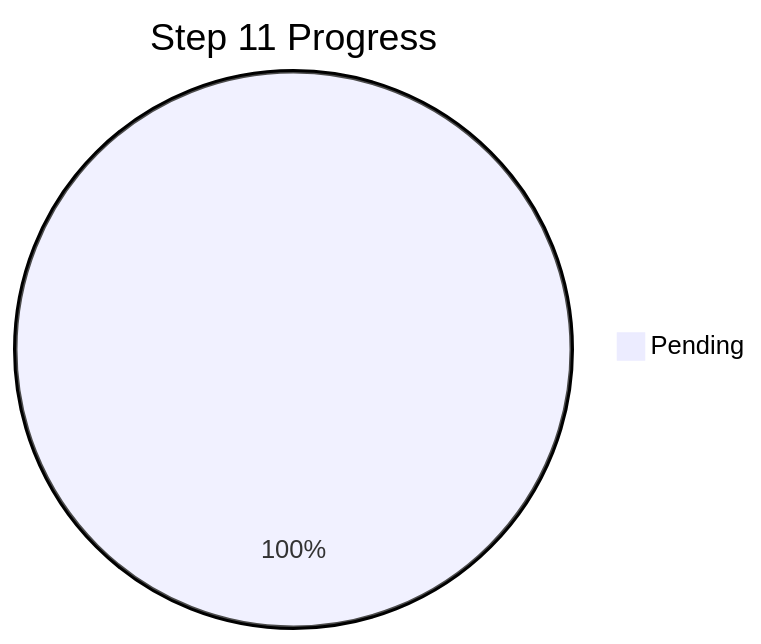
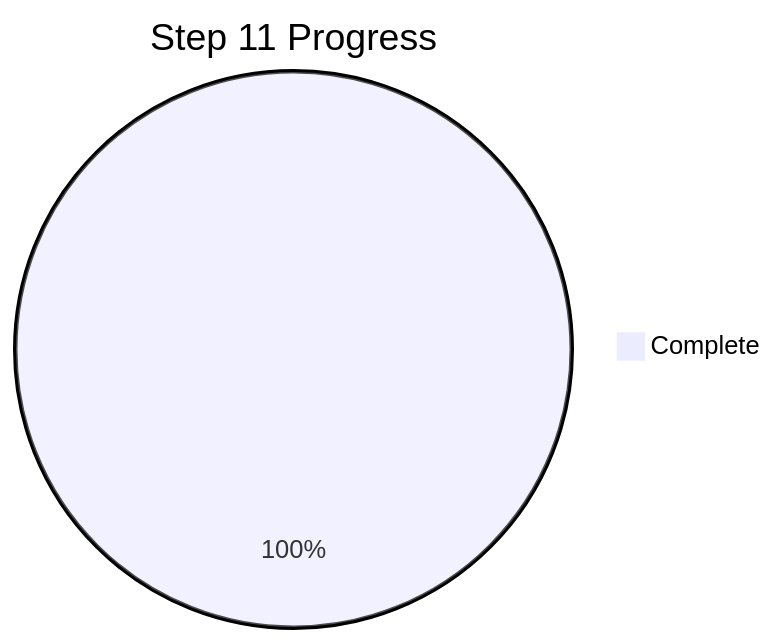
Diagram 12 of 14 in docs/Completion_Report_2026-09-06.md (J3DI-19/TraceVeil), drawn with Mermaid before and after one commit. The commit also changed other lines of this file and 2 other files, not shown here.

Commit message:
Update roadmap and completion records

````diff
--- a/docs/Completion_Report_2026-09-06.md
+++ b/docs/Completion_Report_2026-09-06.md
@@ -254,4 +254,4 @@
 ```mermaid
 pie title Step 11 Progress
-    "Pending" : 10
+    "Complete" : 10
 ```
````
